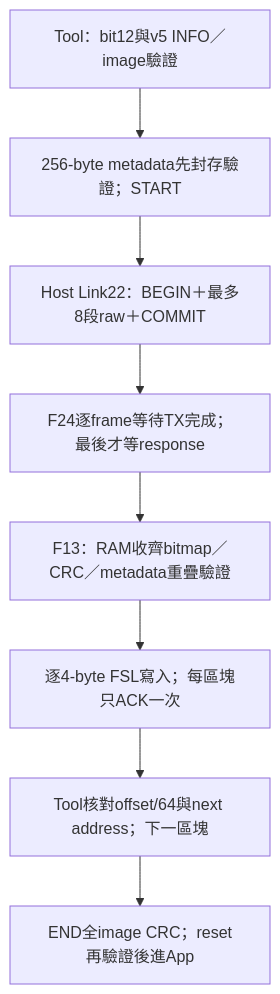
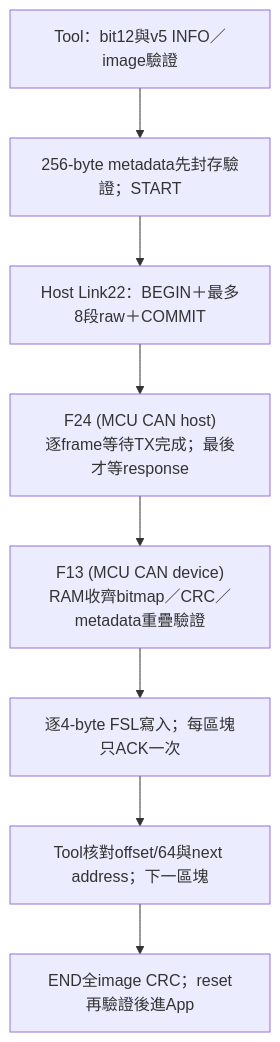
Before and after one commit to released/slide_isp_tool_for_RL78: diagram 12 of 20 in index.md, drawn with Mermaid. The commit also changed other lines of this file and 2 other files, not shown here.

````diff
--- a/index.md
+++ b/index.md
@@ -161,10 +589,10 @@
 ```mermaid
 flowchart TD
     PC["Tool：bit12與v5 INFO／image驗證"] --> META["256-byte metadata先封存驗證；START"]
     META --> BURST["Host Link22：BEGIN＋最多8段raw＋COMMIT"]
-    BURST --> BRIDGE["F24逐frame等待TX完成；最後才等response"]
-    BRIDGE --> RAM["F13：RAM收齊bitmap／CRC／metadata重疊驗證"]
+    BURST --> BRIDGE["F24 (MCU CAN host)<br/>逐frame等待TX完成；最後才等response"]
+    BRIDGE --> RAM["F13 (MCU CAN device)<br/>RAM收齊bitmap／CRC／metadata重疊驗證"]
     RAM --> WRITE["逐4-byte FSL寫入；每區塊只ACK一次"]
     WRITE --> NEXT["Tool核對offset/64與next address；下一區塊"]
     NEXT --> END["END全image CRC；reset再驗證後進App"]
 ```
````
